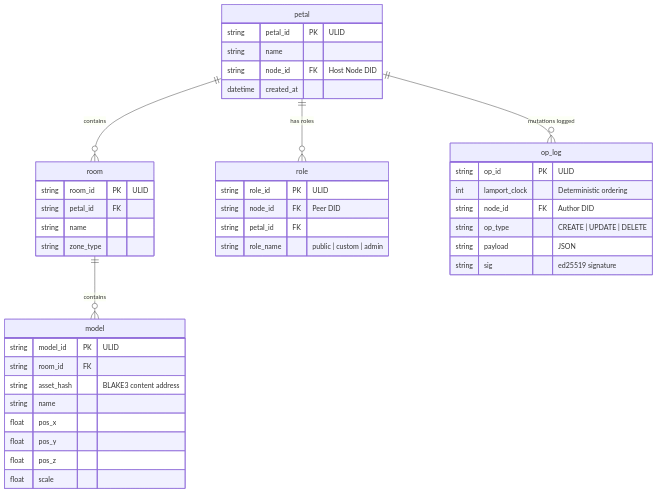
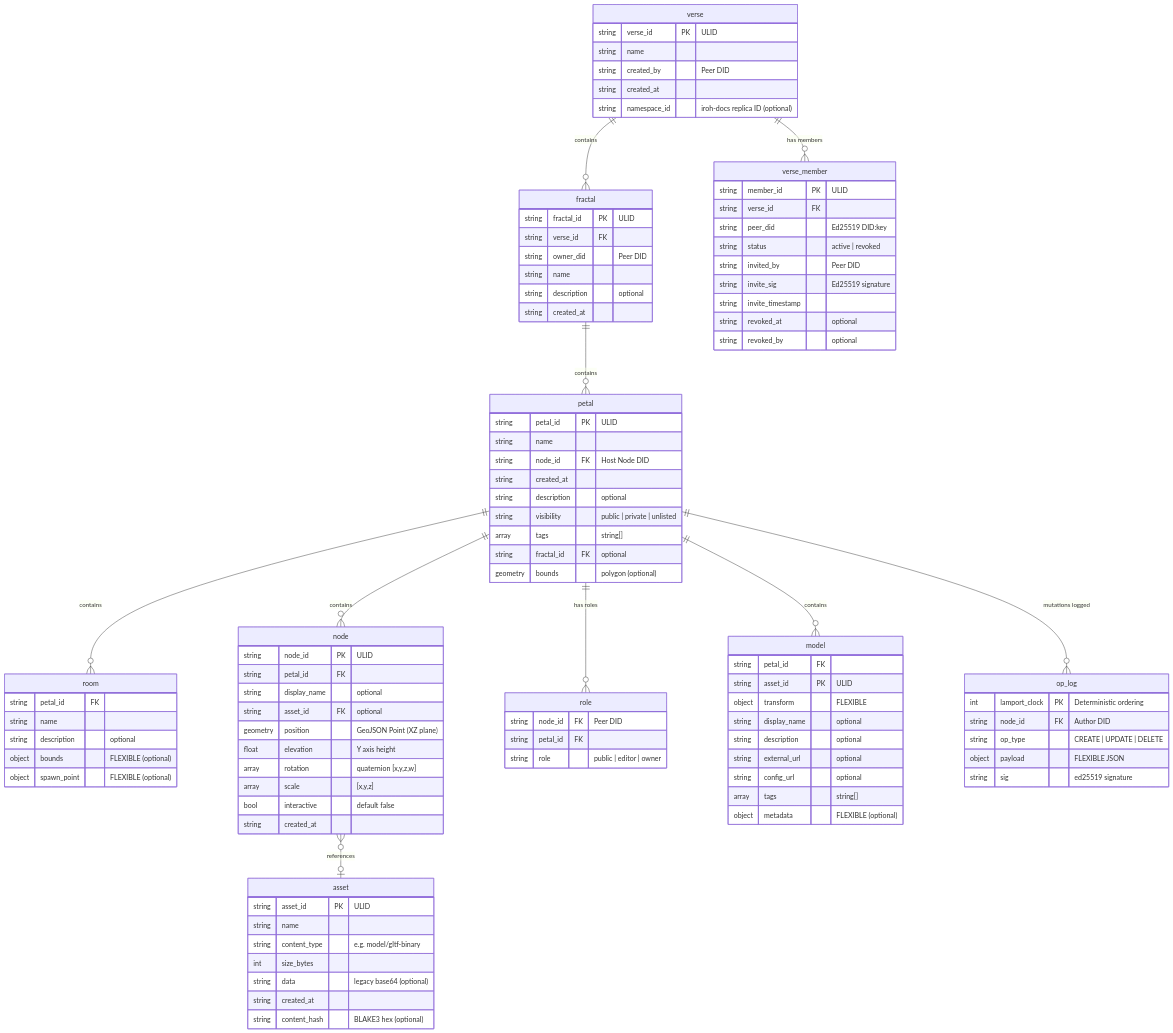
One commit to Escherbridge/fractalengine changed the first of 4 diagrams in docs/diagrams/05-database-schema.md. Above: the diagram before and after it, drawn with Mermaid. The commit also changed other lines of this file and 81 other files, not shown here.

````diff
--- a/docs/diagrams/05-database-schema.md
+++ b/docs/diagrams/05-database-schema.md
@@ -7,48 +7,110 @@
 ```mermaid
 erDiagram
+    verse ||--o{ fractal : contains
+    verse ||--o{ verse_member : "has members"
+    fractal ||--o{ petal : contains
     petal ||--o{ room : contains
-    room ||--o{ model : contains
+    petal ||--o{ node : contains
     petal ||--o{ role : "has roles"
+    petal ||--o{ model : contains
     petal ||--o{ op_log : "mutations logged"
+    node }o--o| asset : "references"
+
+    verse {
+        string verse_id PK "ULID"
+        string name
+        string created_by "Peer DID"
+        string created_at
+        string namespace_id "iroh-docs replica ID (optional)"
+    }
+
+    verse_member {
+        string member_id PK "ULID"
+        string verse_id FK
+        string peer_did "Ed25519 DID:key"
+        string status "active | revoked"
+        string invited_by "Peer DID"
+        string invite_sig "Ed25519 signature"
+        string invite_timestamp
+        string revoked_at "optional"
+        string revoked_by "optional"
+    }
+
+    fractal {
+        string fractal_id PK "ULID"
+        string verse_id FK
+        string owner_did "Peer DID"
+        string name
+        string description "optional"
+        string created_at
+    }
 
     petal {
         string petal_id PK "ULID"
         string name
         string node_id FK "Host Node DID"
-        datetime created_at
+        string created_at
+        string description "optional"
+        string visibility "public | private | unlisted"
+        array tags "string[]"
+        string fractal_id FK "optional"
+        geometry bounds "polygon (optional)"
     }
 
     room {
-        string room_id PK "ULID"
         string petal_id FK
         string name
-        string zone_type
+        string description "optional"
+        object bounds "FLEXIBLE (optional)"
+        object spawn_point "FLEXIBLE (optional)"
     }
 
     model {
-        string model_id PK "ULID"
-        string room_id FK
-        string asset_hash "BLAKE3 content address"
+        string petal_id FK
+        string asset_id PK "ULID"
+        object transform "FLEXIBLE"
+        string display_name "optional"
+        string description "optional"
+        string external_url "optional"
+        string config_url "optional"
+        array tags "string[]"
+        object metadata "FLEXIBLE (optional)"
+    }
+
+    node {
+        string node_id PK "ULID"
+        string petal_id FK
+        string display_name "optional"
+        string asset_id FK "optional"
+        geometry position "GeoJSON Point (XZ plane)"
+        float elevation "Y axis height"
+        array rotation "quaternion [x,y,z,w]"
+        array scale "[x,y,z]"
+        bool interactive "default false"
+        string created_at
+    }
+
+    asset {
+        string asset_id PK "ULID"
         string name
-        float pos_x
-        float pos_y
-        float pos_z
-        float scale
+        string content_type "e.g. model/gltf-binary"
+        int size_bytes
+        string data "legacy base64 (optional)"
+        string created_at
+        string content_hash "BLAKE3 hex (optional)"
     }
 
     role {
-        string role_id PK "ULID"
         string node_id FK "Peer DID"
         string petal_id FK
-        string role_name "public | custom | admin"
+        string role "public | editor | owner"
     }
 
     op_log {
-        string op_id PK "ULID"
-        int lamport_clock "Deterministic ordering"
+        int lamport_clock PK "Deterministic ordering"
         string node_id FK "Author DID"
         string op_type "CREATE | UPDATE | DELETE"
-        string payload "JSON"
+        object payload "FLEXIBLE JSON"
         string sig "ed25519 signature"
     }
 ```
````
